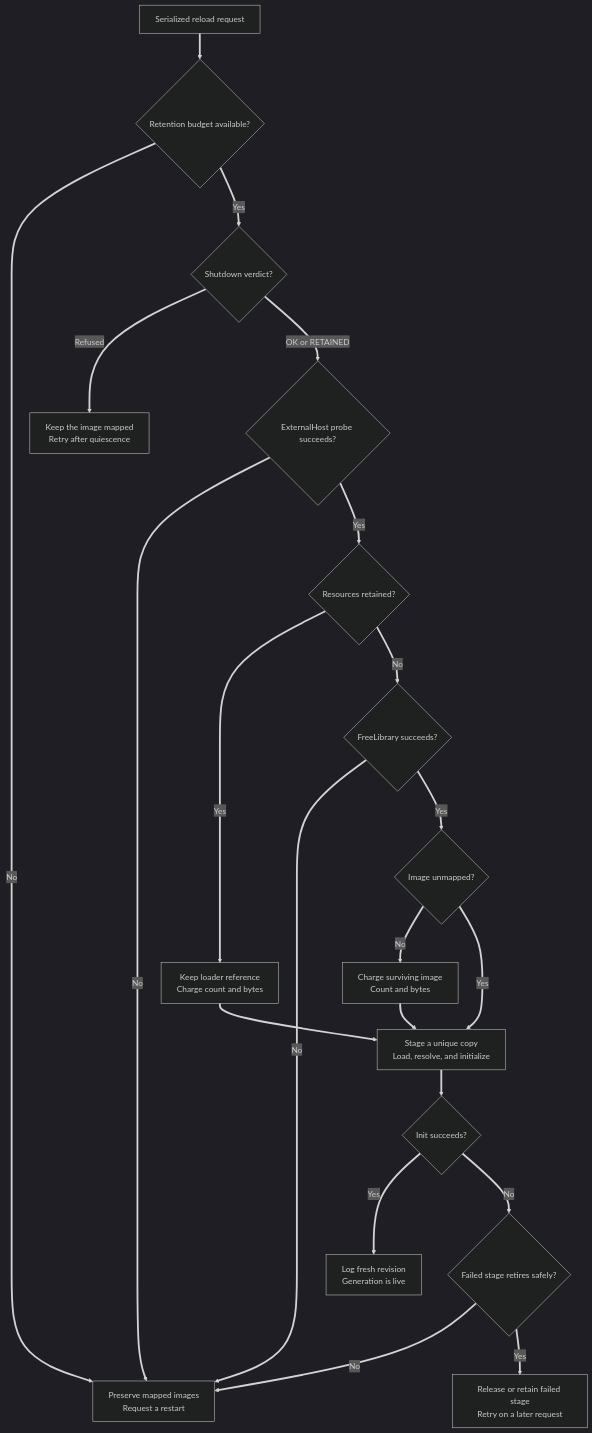
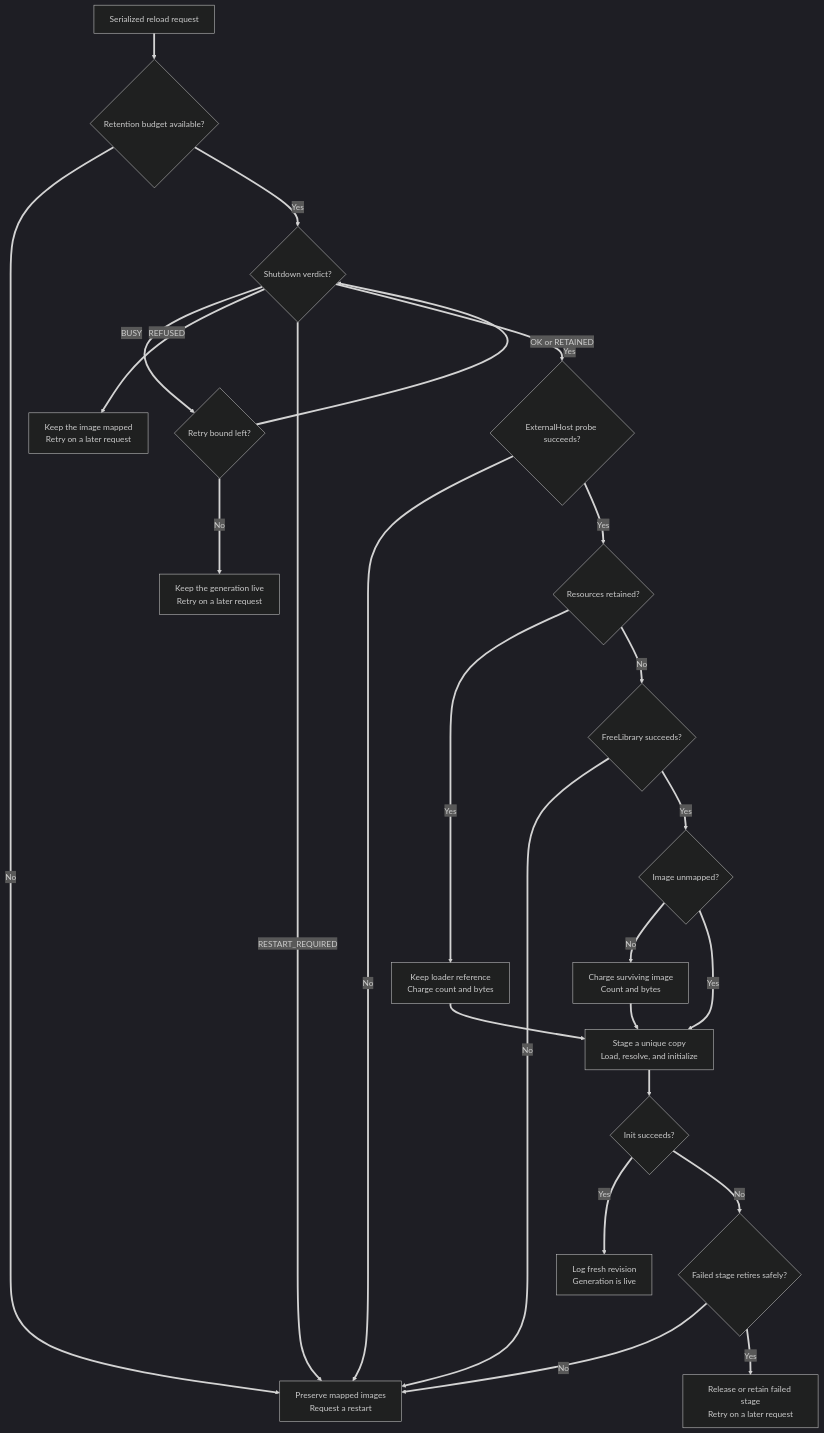
One commit to tkhquang/DetourModKit changed the second of 2 diagrams in docs/guides/hot-reload/README.md. Above: the diagram before and after it, drawn with Mermaid (dark theme). The commit also changed other lines of this file and 21 other files, not shown here.

````diff
--- a/docs/guides/hot-reload/README.md
+++ b/docs/guides/hot-reload/README.md
@@ -151,23 +151,27 @@
 ```mermaid
 flowchart TD
     Request["Serialized reload request"] ==> Budget{"Retention budget available?"}
     Budget ==>|No| Restart["Preserve mapped images<br/>Request a restart"]
     Budget ==>|Yes| Shutdown{"Shutdown verdict?"}
-    Shutdown ==>|Refused| Retry["Keep the image mapped<br/>Retry after quiescence"]
+    Shutdown ==>|BUSY| Bound{"Retry bound left?"}
+    Bound ==>|Yes| Shutdown
+    Bound ==>|No| BusyLive["Keep the generation live<br/>Retry on a later request"]
+    Shutdown ==>|REFUSED| Mapped["Keep the image mapped<br/>Retry on a later request"]
+    Shutdown ==>|RESTART_REQUIRED| Restart
     Shutdown ==>|OK or RETAINED| Lease{"ExternalHost probe succeeds?"}
     Lease ==>|No| Restart
     Lease ==>|Yes| Verdict{"Resources retained?"}
     Verdict ==>|Yes| Retain["Keep loader reference<br/>Charge count and bytes"]
     Verdict ==>|No| Release{"FreeLibrary succeeds?"}
     Release ==>|No| Restart
     Release ==>|Yes| Probe{"Image unmapped?"}
     Probe ==>|No| Account["Charge surviving image<br/>Count and bytes"]
     Probe ==>|Yes| Prepare["Stage a unique copy<br/>Load, resolve, and initialize"]
     Retain ==> Prepare
     Account ==> Prepare
     Prepare ==> Result{"Init succeeds?"}
     Result ==>|Yes| Live["Log fresh revision<br/>Generation is live"]
     Result ==>|No| Cleanup{"Failed stage retires safely?"}
     Cleanup ==>|No| Restart
     Cleanup ==>|Yes| Idle["Release or retain failed stage<br/>Retry on a later request"]
 ```
````
